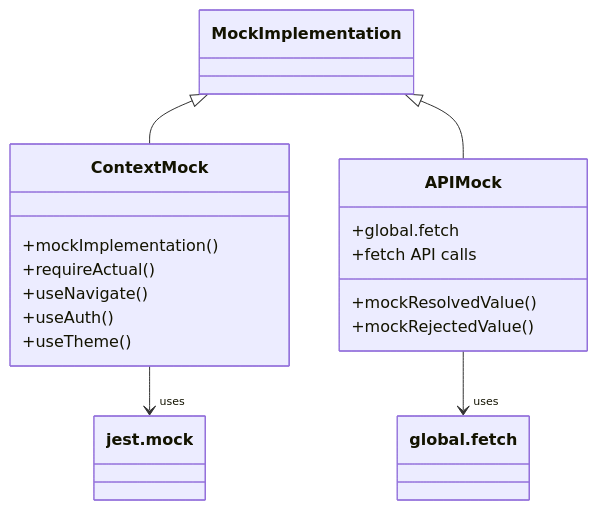
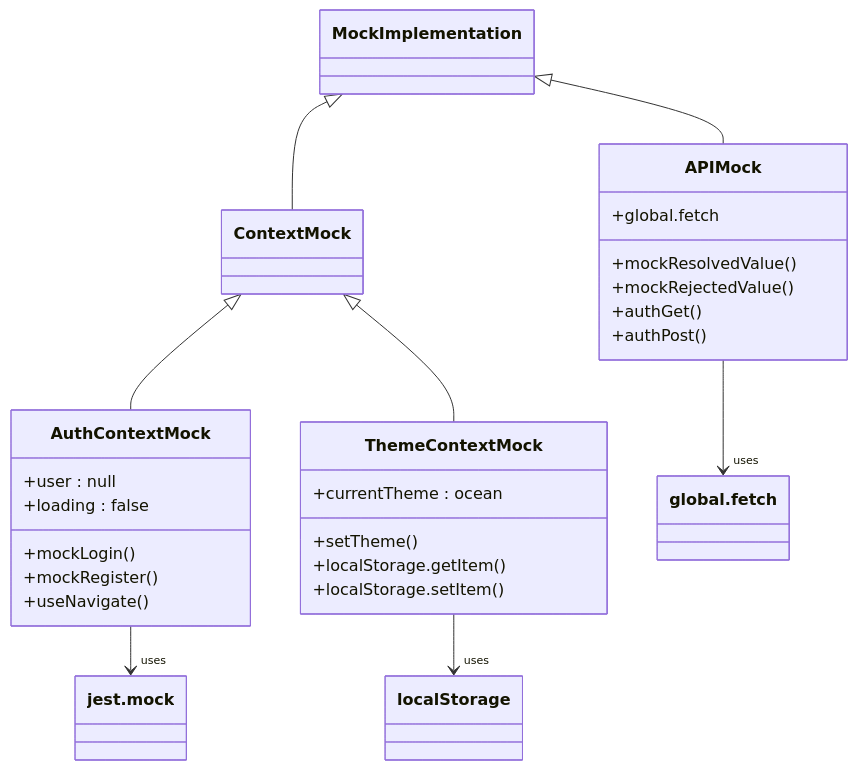
Before and after one commit to Brimstow/ThumPiks: the fourth of 4 diagrams in .qoder/repowiki/en/content/Testing Strategy/Frontend Testing.md, drawn with Mermaid. The commit also changed other lines of this file and 900 other files, not shown here.

````diff
--- a/.qoder/repowiki/en/content/Testing Strategy/Frontend Testing.md
+++ b/.qoder/repowiki/en/content/Testing Strategy/Frontend Testing.md
@@ -139,23 +167,35 @@
 ```mermaid
 classDiagram
 class MockImplementation
 class ContextMock
 class APIMock
+class AuthContextMock
+class ThemeContextMock
 MockImplementation <|-- ContextMock
 MockImplementation <|-- APIMock
-ContextMock --> "uses" jest.mock
+ContextMock <|-- AuthContextMock
+ContextMock <|-- ThemeContextMock
+AuthContextMock --> "uses" jest.mock
+ThemeContextMock --> "uses" localStorage
 APIMock --> "uses" global.fetch
-class ContextMock {
-+mockImplementation()
-+requireActual()
+class AuthContextMock {
++mockLogin()
++mockRegister()
 +useNavigate()
-+useAuth()
-+useTheme()
++user : null
++loading : false
+}
+class ThemeContextMock {
++setTheme()
++localStorage.getItem()
++localStorage.setItem()
++currentTheme : ocean
 }
 class APIMock {
 +global.fetch
 +mockResolvedValue()
 +mockRejectedValue()
-+fetch API calls
++authGet()
++authPost()
 }
 ```
````
